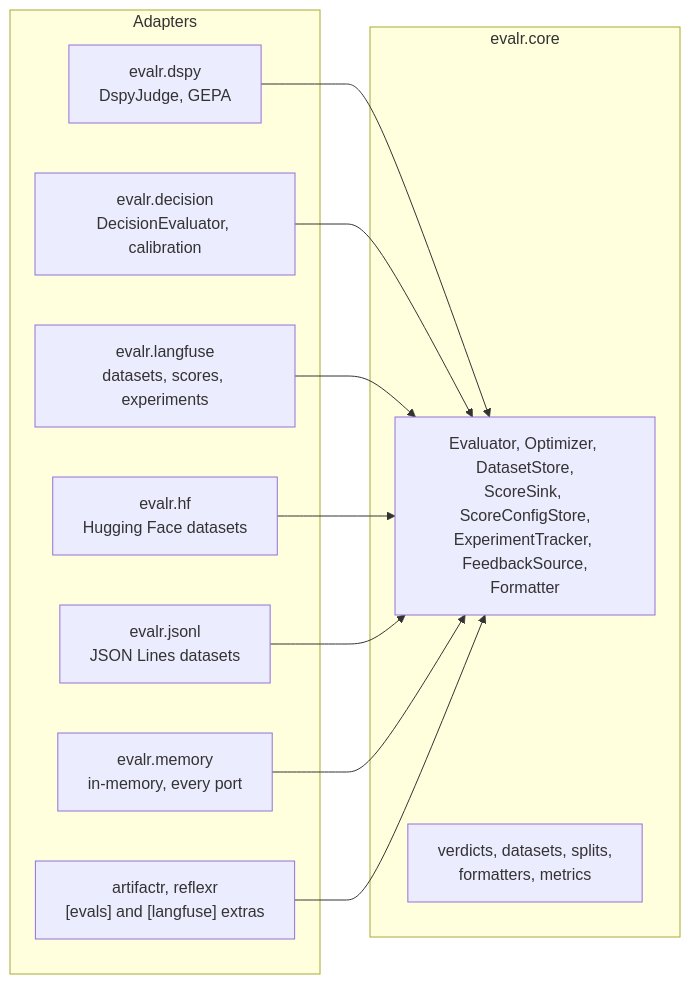
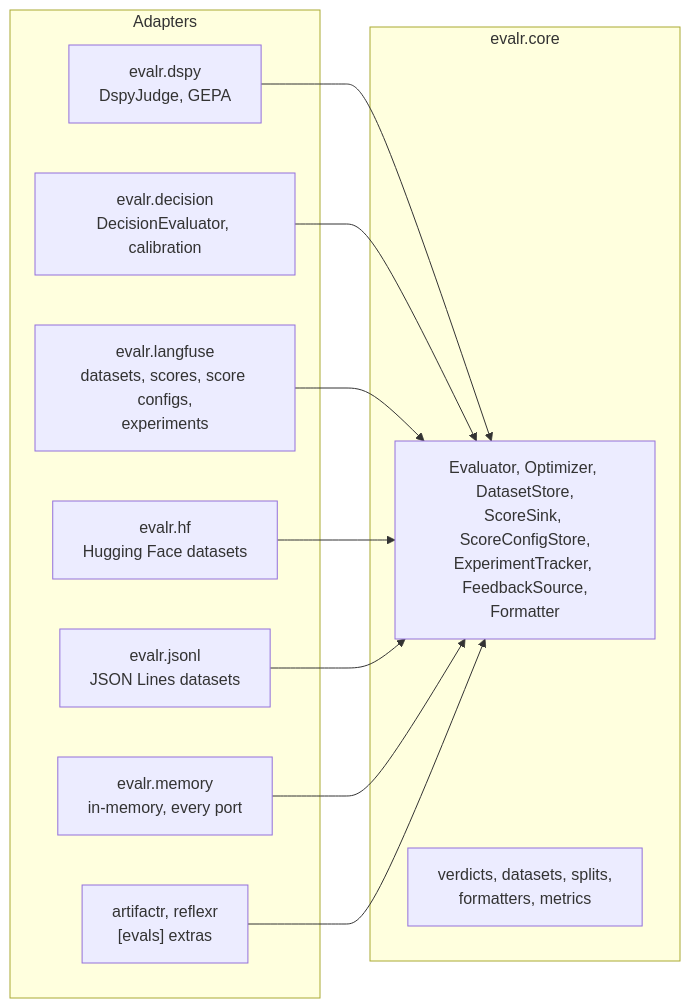
The second of 2 diagrams in docs/concepts.md (alexnodeland/evalr), drawn with Mermaid before and after one commit. The commit also changed other lines of this file and 58 other files, not shown here.

First line of the commit message:
refactor!: one set of Langfuse score adapters, scores that check their own values, and one docs build (#34)

````diff
--- a/docs/concepts.md
+++ b/docs/concepts.md
@@ -64,23 +64,23 @@
 ```mermaid
 graph LR
     subgraph adapters["Adapters"]
         dspy["evalr.dspy<br/>DspyJudge, GEPA"]
         decision["evalr.decision<br/>DecisionEvaluator, calibration"]
-        langfuse["evalr.langfuse<br/>datasets, scores, experiments"]
+        langfuse["evalr.langfuse<br/>datasets, scores, score configs,<br/>experiments"]
         hf["evalr.hf<br/>Hugging Face datasets"]
         jsonl["evalr.jsonl<br/>JSON Lines datasets"]
         memory["evalr.memory<br/>in-memory, every port"]
-        libs["artifactr, reflexr<br/>[evals] and [langfuse] extras"]
+        libs["artifactr, reflexr<br/>[evals] extras"]
     end
     subgraph core["evalr.core"]
         ports["Evaluator, Optimizer, DatasetStore,<br/>ScoreSink, ScoreConfigStore,<br/>ExperimentTracker, FeedbackSource,<br/>Formatter"]
         values["verdicts, datasets, splits,<br/>formatters, metrics"]
     end
     dspy --> ports
     decision --> ports
     langfuse --> ports
     hf --> ports
     jsonl --> ports
     memory --> ports
     libs --> ports
 ```
````
